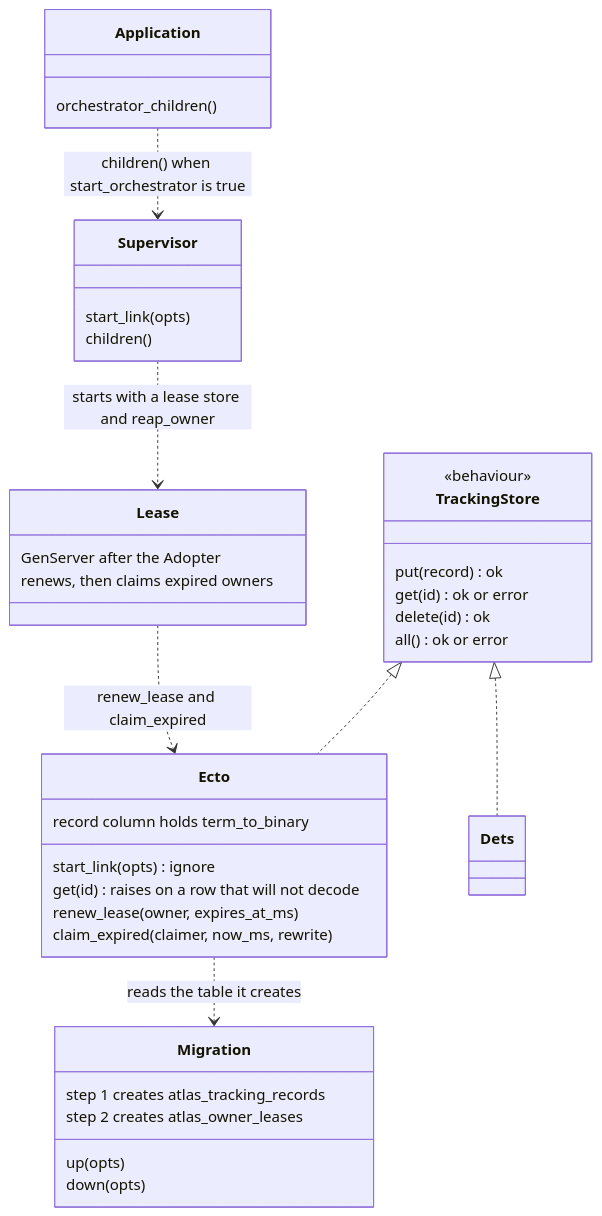
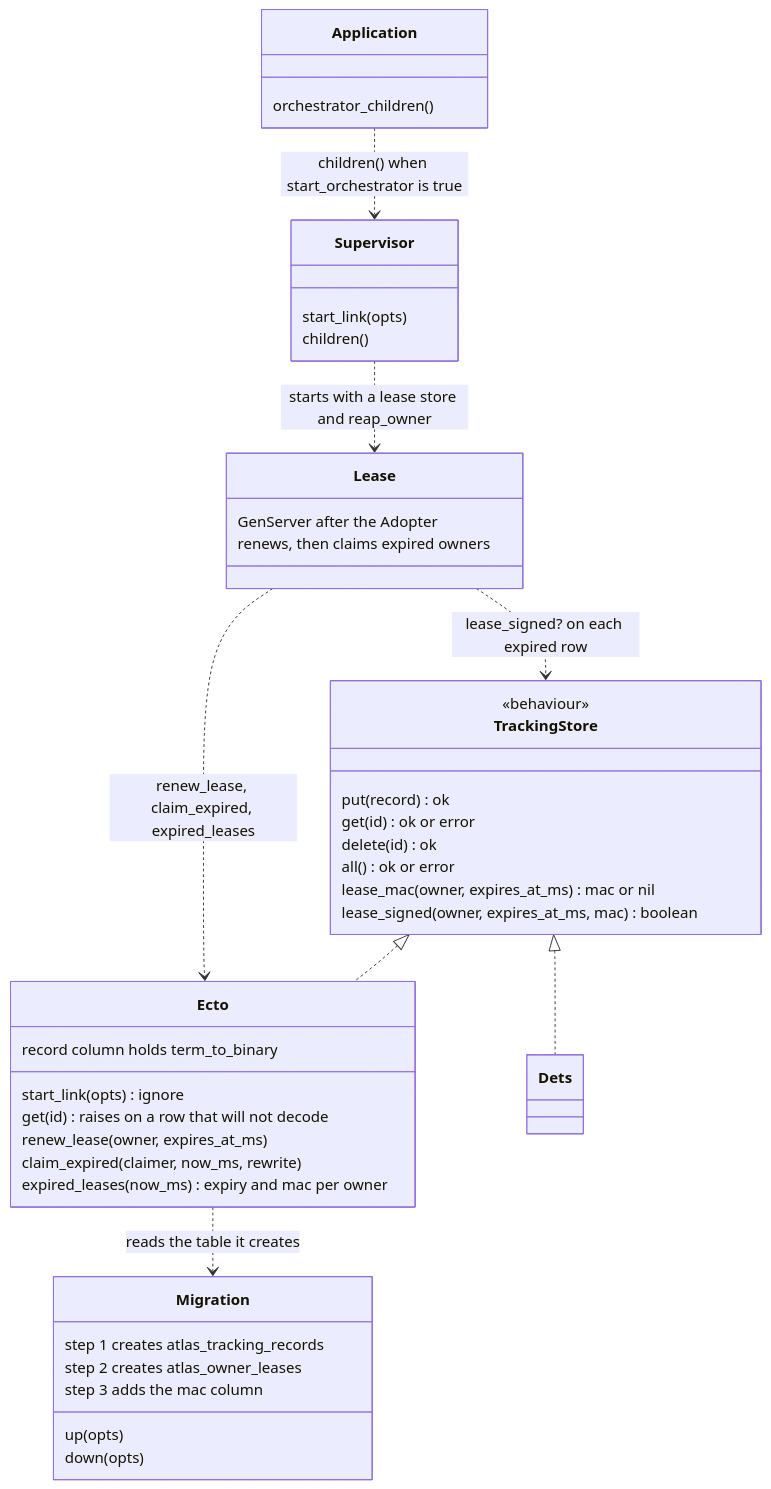
Before and after one commit to udin-io/ex_atlas: the second of 15 diagrams in docs/architecture.md, drawn with Mermaid. The commit also changed other lines of this file and 21 other files, not shown here.

First line of the commit message:
Sign owner lease rows; dead-owner deletion on by default (#149)

````diff
--- a/docs/architecture.md
+++ b/docs/architecture.md
@@ -97,41 +97,46 @@
 ```mermaid
 classDiagram
   class TrackingStore {
     <<behaviour>>
     put(record) ok
     get(id) ok or error
     delete(id) ok
     all() ok or error
+    lease_mac(owner, expires_at_ms) mac or nil
+    lease_signed(owner, expires_at_ms, mac) boolean
   }
   class Ecto {
     start_link(opts) ignore
     get(id) raises on a row that will not decode
     record column holds term_to_binary
     renew_lease(owner, expires_at_ms)
     claim_expired(claimer, now_ms, rewrite)
+    expired_leases(now_ms) expiry and mac per owner
   }
   class Migration {
     up(opts)
     down(opts)
     step 1 creates atlas_tracking_records
     step 2 creates atlas_owner_leases
+    step 3 adds the mac column
   }
   class Lease {
     GenServer after the Adopter
     renews, then claims expired owners
   }
   class Supervisor {
     start_link(opts)
     children()
   }
   class Application {
     orchestrator_children()
   }
   class Dets
   TrackingStore <|.. Ecto
   TrackingStore <|.. Dets
   Ecto ..> Migration : reads the table it creates
   Application ..> Supervisor : children() when start_orchestrator is true
   Supervisor ..> Lease : starts with a lease store and reap_owner
-  Lease ..> Ecto : renew_lease and claim_expired
+  Lease ..> Ecto : renew_lease, claim_expired, expired_leases
+  Lease ..> TrackingStore : lease_signed? on each expired row
 ```
````
